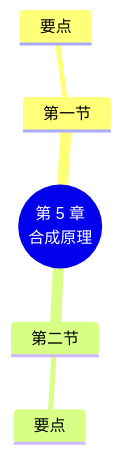
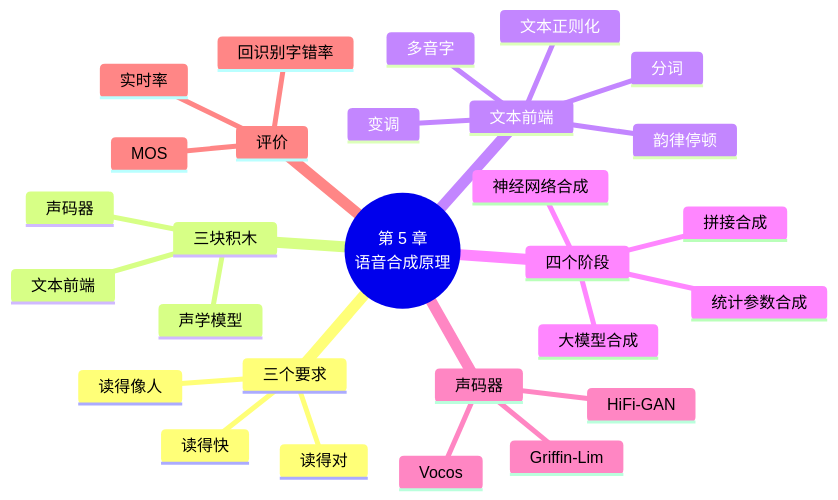
One commit to MingziFu9/speech-textbook changed the second of 2 diagrams in docs/chapters/05-tts-principles/index.md. Above: the diagram before and after it, drawn with Mermaid. The commit also changed other lines of this file and 30 other files, not shown here.

First line of the commit message:
第 5 章 语音合成原理：文本前端、拼接合成、声学模型与声码器、合成评价

````diff
--- a/docs/chapters/05-tts-principles/index.md
+++ b/docs/chapters/05-tts-principles/index.md
@@ -227,8 +785,31 @@
 ```mermaid
 mindmap
-  root((第 5 章<br/>合成原理))
-    第一节
-      要点
-    第二节
-      要点
+  root((第 5 章<br/>语音合成原理))
+    三个要求
+      读得对
+      读得像人
+      读得快
+    三块积木
+      文本前端
+      声学模型
+      声码器
+    文本前端
+      文本正则化
+      分词
+      多音字
+      变调
+      韵律停顿
+    四个阶段
+      拼接合成
+      统计参数合成
+      神经网络合成
+      大模型合成
+    声码器
+      Griffin-Lim
+      HiFi-GAN
+      Vocos
+    评价
+      MOS
+      回识别字错率
+      实时率
 ```
````
